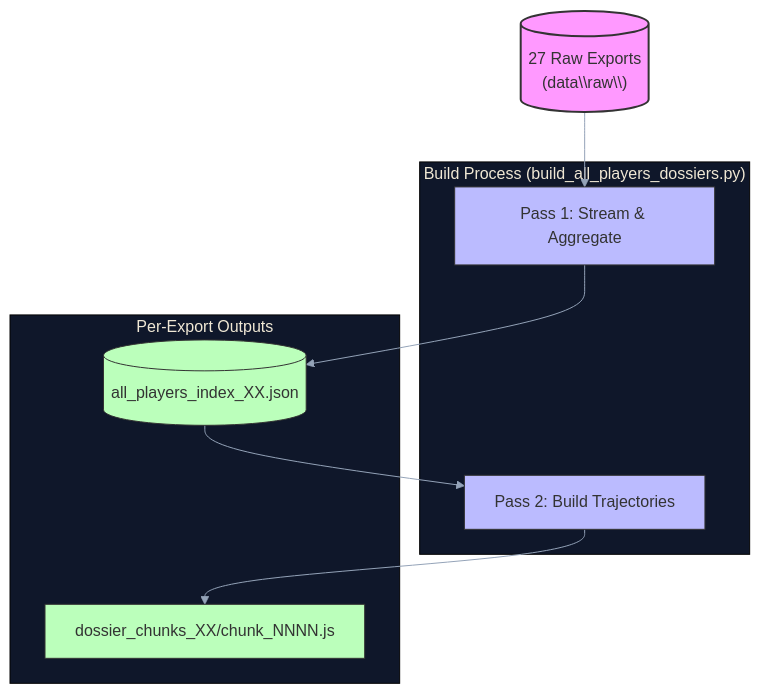
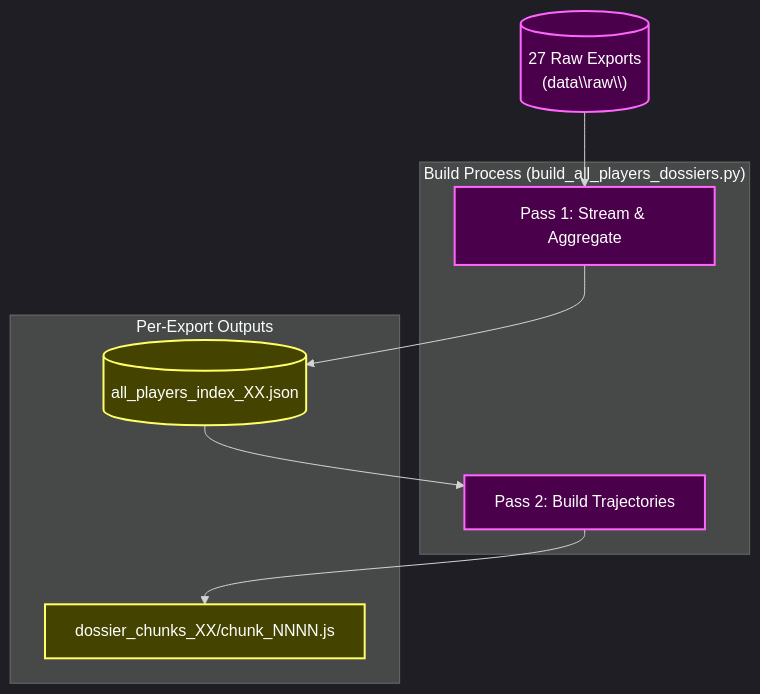
The second of 5 diagrams in workspace_map.md (MagusZealot/OG-Product-BI), drawn with Mermaid before and after one commit. The commit also changed other lines of this file and 1 other file, not shown here.

Commit message:
Update mermaid diagrams to use dark theme and improve class definitions

````diff
--- a/workspace_map.md
+++ b/workspace_map.md
@@ -248,26 +248,28 @@
 ```mermaid
-%%{init: {'theme': 'base', 'themeVariables': { 'primaryColor': '#1e293b', 'primaryBorderColor': '#475569', 'lineColor': '#94a3b8', 'textColor': '#f8fafc', 'secondaryColor': '#334155', 'tertiaryColor': '#0f172a', 'fontFamily': 'sans-serif' }}}%%
+%%{init: {'theme': 'dark', 'themeVariables': { 'fontFamily': 'sans-serif' }}}%%
 flowchart TD
     subgraph Build["Build Process (build_all_players_dossiers.py)"]
         Pass1[Pass 1: Stream & Aggregate]
         Pass2[Pass 2: Build Trajectories]
     end
 
     subgraph Outputs["Per-Export Outputs"]
         Index[(all_players_index_XX.json)]
         Chunks[dossier_chunks_XX/chunk_NNNN.js]
     end
 
     RawExports[("27 Raw Exports\n(data\\raw\\)")] --> Pass1
     Pass1 --> Index
     Index --> Pass2
     Pass2 --> Chunks
 
-    classDef build fill:#bbf,stroke:#333;
-    classDef output fill:#bfb,stroke:#333;
-    classDef raw fill:#f9f,stroke:#333,stroke-width:2px;
+    classDef raw fill:#4a004a,stroke:#ff66ff,stroke-width:2px,color:#ffffff;
+    classDef script fill:#002244,stroke:#66aaff,stroke-width:1px,color:#ffffff;
+    classDef derived fill:#003300,stroke:#66ff66,stroke-width:1px,color:#ffffff;
+    classDef output fill:#444400,stroke:#ffff66,stroke-width:2px,color:#ffffff;
+    classDef runtime fill:#4a0000,stroke:#ff6666,stroke-width:2px,stroke-dasharray: 5 5,color:#ffffff;
 
-    class Pass1,Pass2 build;
+    class Pass1,Pass2 raw;
     class Index,Chunks output;
     class RawExports raw;
 ```
````
